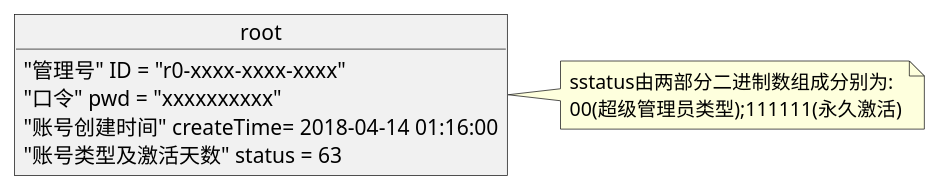
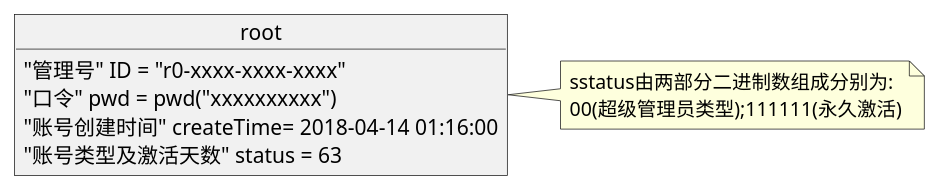
Before and after one commit to 201610414130/is_analysis-4: the third of 7 diagrams in test3/objectView.pu, drawn with PlantUML. The commit also changed other lines of this file and 4 other files, not shown here.

```diff
--- a/test3/objectView.pu
+++ b/test3/objectView.pu
@@ -30,9 +30,9 @@
 @startuml root
 object root{
     "管理号" ID = "r0-xxxx-xxxx-xxxx"
-    "口令" pwd = "xxxxxxxxxx"
+    "口令" pwd = pwd("xxxxxxxxxx")
     "账号创建时间" createTime= 2018-04-14 01:16:00
     "账号类型及激活天数" status = 63
 }
 note right: sstatus由两部分二进制数组成分别为:\n00(超级管理员类型);111111(永久激活)
 @enduml
```
